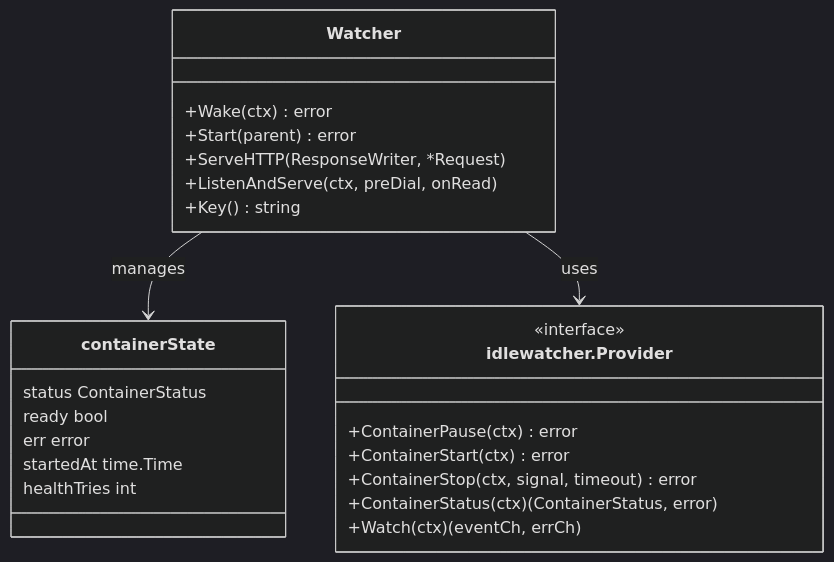
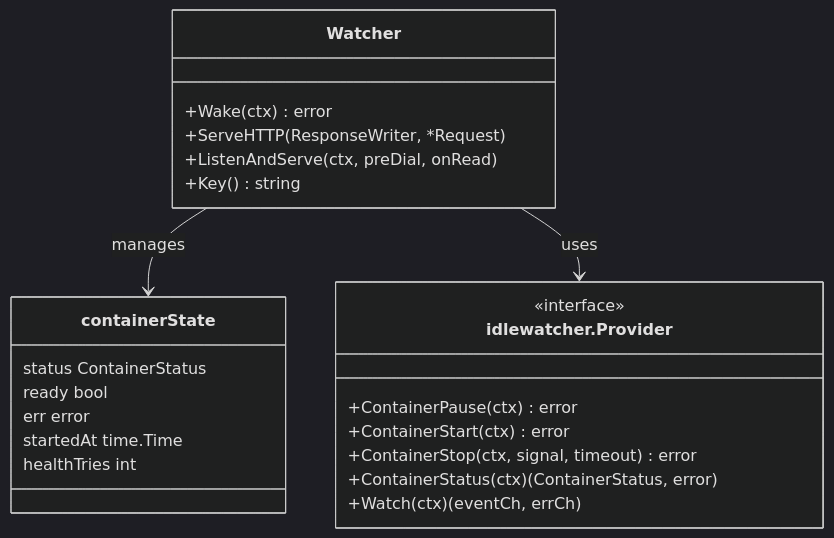
Before and after one commit to yusing/godoxy-wiki: the first of 3 diagrams in content/docs/impl/internal-idlewatcher.mdx, drawn with Mermaid (dark theme). The commit also changed other lines of this file and 1 other file, not shown here.

````diff
--- a/content/docs/impl/internal-idlewatcher.mdx
+++ b/content/docs/impl/internal-idlewatcher.mdx
@@ -112,30 +107,29 @@
 ```mermaid
 classDiagram
     class Watcher {
         +Wake(ctx) error
-        +Start(parent) error
         +ServeHTTP(ResponseWriter, *Request)
         +ListenAndServe(ctx, preDial, onRead)
         +Key() string
     }
 
     class containerState {
         status ContainerStatus
         ready bool
         err error
         startedAt time.Time
         healthTries int
     }
 
     class idlewatcher.Provider {
         <<interface>>
         +ContainerPause(ctx) error
         +ContainerStart(ctx) error
         +ContainerStop(ctx, signal, timeout) error
         +ContainerStatus(ctx) (ContainerStatus, error)
         +Watch(ctx) (eventCh, errCh)
     }
 
     Watcher --> containerState : manages
     Watcher --> idlewatcher.Provider : uses
 ```
````
